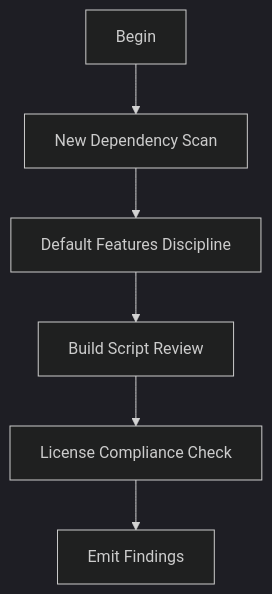
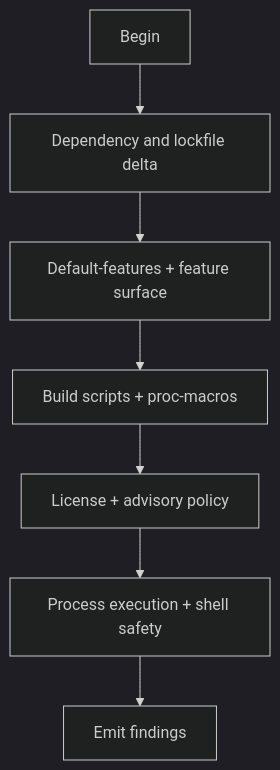
Before and after one commit to rumi-engineering/apm2: the diagram in documents/skills/rust-standards/references/24_dependency_and_build_surface.md, drawn with Mermaid (dark theme). The commit also changed other lines of this file and 40 other files, not shown here.

````diff
--- a/documents/skills/rust-standards/references/24_dependency_and_build_surface.md
+++ b/documents/skills/rust-standards/references/24_dependency_and_build_surface.md
@@ -14,8 +27,9 @@
 ```mermaid
 flowchart TD
-    START[Begin] --> A[New Dependency Scan]
-    A --> B[Default Features Discipline]
-    B --> C[Build Script Review]
-    C --> D[License Compliance Check]
-    D --> E[Emit Findings]
+    START[Begin] --> A[Dependency and lockfile delta]
+    A --> B[Default-features + feature surface]
+    B --> C[Build scripts + proc-macros]
+    C --> D[License + advisory policy]
+    D --> E[Process execution + shell safety]
+    E --> F[Emit findings]
 ```
````
